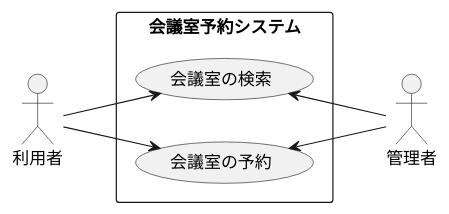
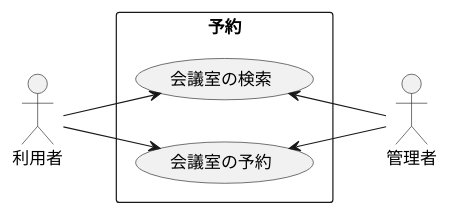
Before and after one commit to k2works/case-study-mrs: diagram 19 of 19 in docs/index.adoc, drawn with PlantUML. The commit also changed other lines of this file, not shown here.

```diff
--- a/docs/index.adoc
+++ b/docs/index.adoc
@@ -583,16 +605,16 @@
 [plantuml]
 ----
 @startuml
 left to right direction
 actor "利用者" as user
 actor "管理者" as admin
-rectangle 会議室予約システム {
+rectangle 予約 {
   usecase "会議室の検索" as UC2
   usecase "会議室の予約" as UC3
 }
 user --> UC2
 user --> UC3
 UC2 <-- admin
 UC3 <-- admin
 @enduml
 ----
```
